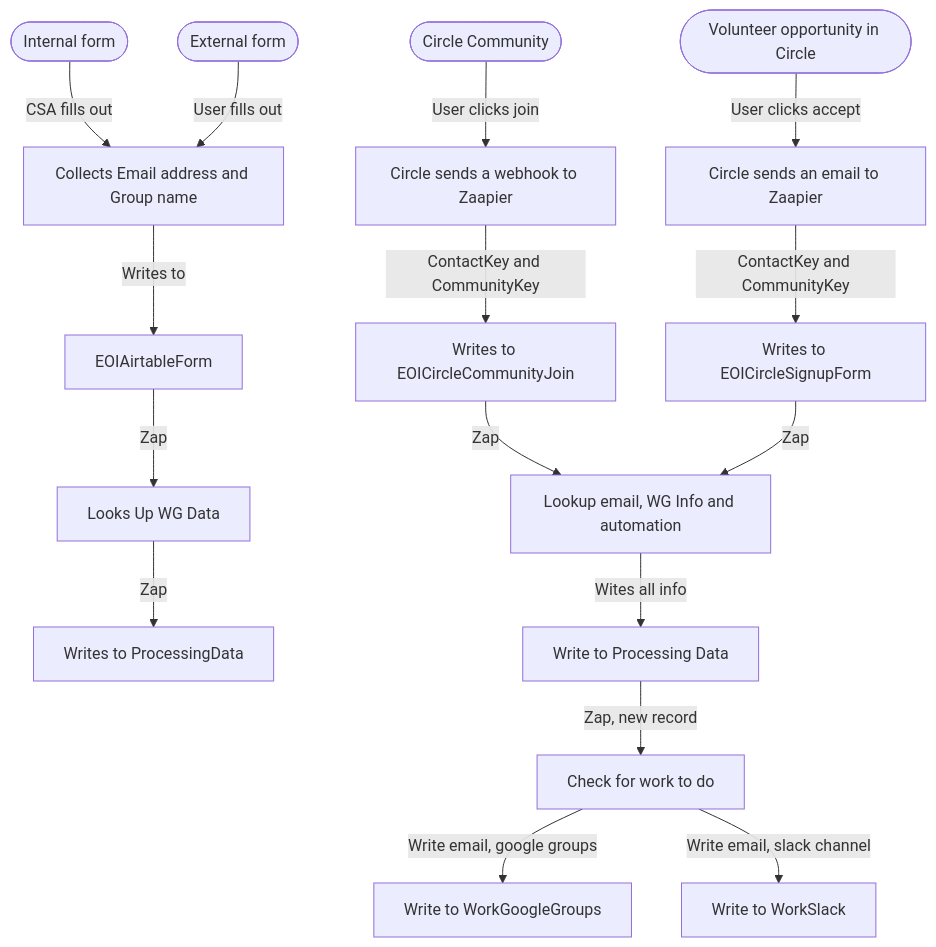
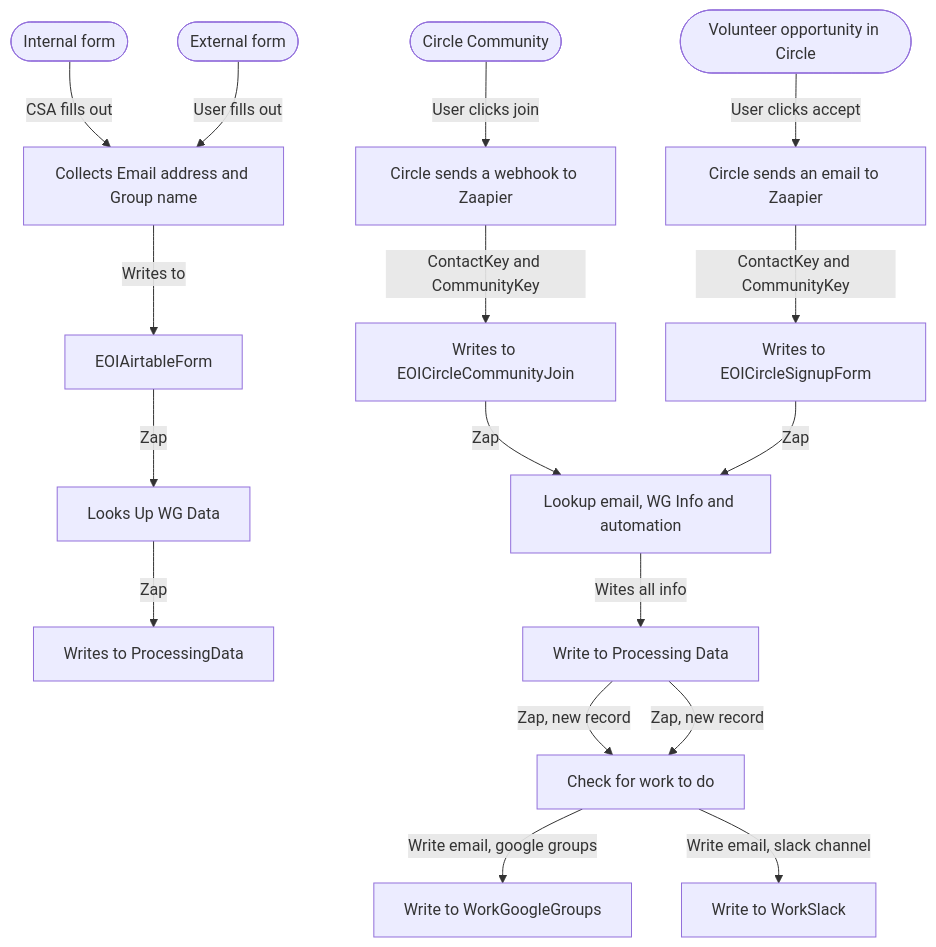
The diagram in projects/WG-automation/diagram.md (CloudSecurityAlliance/CSA-IT-Operations), drawn with Mermaid before and after one commit.

````diff
--- a/projects/WG-automation/diagram.md
+++ b/projects/WG-automation/diagram.md
@@ -1,34 +1,35 @@
 ```mermaid
 graph TD;
 
 
 internalForm([Internal form])
 
 externalForm([External form])
 %% requires email validation, e.g. Google forms "Collect email addresses Respondents will be required to sign in to Google"
 
 joinCommunity([Circle Community])
 joinVolunteer([Volunteer opportunity in Circle])
 
 internalForm --> |CSA fills out| collectEmailAndGroup[Collects Email address and Group name]
 externalForm --> |User fills out| collectEmailAndGroup[Collects Email address and Group name]
 collectEmailAndGroup --> |Writes to| EOIAirtableForm[EOIAirtableForm]
 EOIAirtableForm --> |Zap| LookupWGData[Looks Up WG Data]
 LookupWGData --> |Zap| WritesToProcessingData[Writes to ProcessingData]
+ProcessingData  --> |Zap, new record| CheckForWorkToDo[Check for work to do]
 
 joinCommunity --> |User clicks join| CircleWebHook[Circle sends a webhook to Zaapier]
 joinVolunteer --> |User clicks accept| CircleSendsEmail[Circle sends an email to Zaapier]
 
 CircleWebHook --> |ContactKey and CommunityKey| WritesToEOICircleCommunityJoin[Writes to EOICircleCommunityJoin]
 CircleSendsEmail --> |ContactKey and CommunityKey| WritesToEOICircleSignupForm[Writes to EOICircleSignupForm]
 
 WritesToEOICircleCommunityJoin --> |Zap| LookupWGInfoAndAutomation[Lookup email, WG Info and automation]
 WritesToEOICircleSignupForm --> |Zap| LookupWGInfoAndAutomation[Lookup email, WG Info and automation]
 
-LookupWGInfoAndAutomation --> |Wites all info| WriteToProcessingData[Write to Processing Data]
+LookupWGInfoAndAutomation --> |Wites all info| ProcessingData[Write to Processing Data]
 
-WriteToProcessingData --> |Zap, new record| CheckForWorkToDo[Check for work to do]
+ProcessingData --> |Zap, new record| CheckForWorkToDo[Check for work to do]
 
 CheckForWorkToDo --> |Write email, google groups| WriteToWorkGoogleGroups[Write to WorkGoogleGroups]
 CheckForWorkToDo --> |Write email, slack channel| WriteToWorkSlack[Write to WorkSlack]
 ```
````
